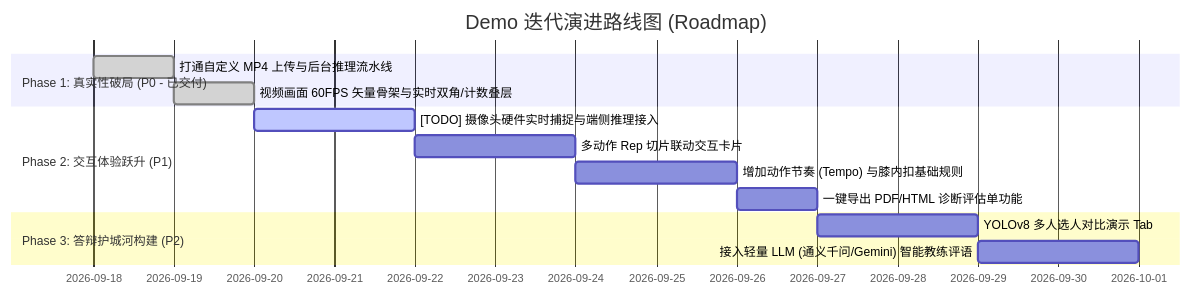
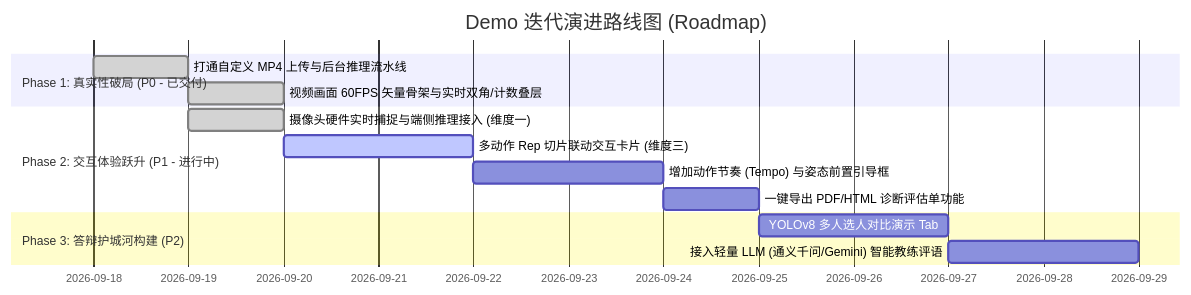
Before and after one commit to huwany1/Undergraduate-engineering-thesis: the sixth of 6 diagrams in reports/demo_gap_assessment_report.md, drawn with Mermaid. The commit also changed other lines of this file, not shown here.

Commit message:
docs(gap-report): update roadmap and gap matrix reflecting live webcam delivery

````diff
--- a/reports/demo_gap_assessment_report.md
+++ b/reports/demo_gap_assessment_report.md
@@ -241,16 +241,16 @@
 ```mermaid
 gantt
     title Demo 迭代演进路线图 (Roadmap)
     dateFormat  YYYY-MM-DD
     section Phase 1: 真实性破局 (P0 - 已交付)
     打通自定义 MP4 上传与后台推理流水线        :done, p1_1, 2026-09-18, 1d
     视频画面 60FPS 矢量骨架与实时双角/计数叠层  :done, p1_2, 2026-09-19, 1d
-    section Phase 2: 交互体验跃升 (P1)
-    [TODO] 摄像头硬件实时捕捉与端侧推理接入    :active, p2_0, 2026-09-20, 2d
-    多动作 Rep 切片联动交互卡片               :p2_1, after p2_0, 2d
-    增加动作节奏 (Tempo) 与膝内扣基础规则      :p2_2, after p2_1, 2d
+    section Phase 2: 交互体验跃升 (P1 - 进行中)
+    摄像头硬件实时捕捉与端侧推理接入 (维度一)    :done, p2_0, 2026-09-19, 1d
+    多动作 Rep 切片联动交互卡片 (维度三)        :active, p2_1, 2026-09-20, 2d
+    增加动作节奏 (Tempo) 与姿态前置引导框      :p2_2, after p2_1, 2d
     一键导出 PDF/HTML 诊断评估单功能           :p2_3, after p2_2, 1d
     section Phase 3: 答辩护城河构建 (P2)
     YOLOv8 多人选人对比演示 Tab               :p3_1, after p2_3, 2d
     接入轻量 LLM (通义千问/Gemini) 智能教练评语 :p3_2, after p3_1, 2d
 ```
````
